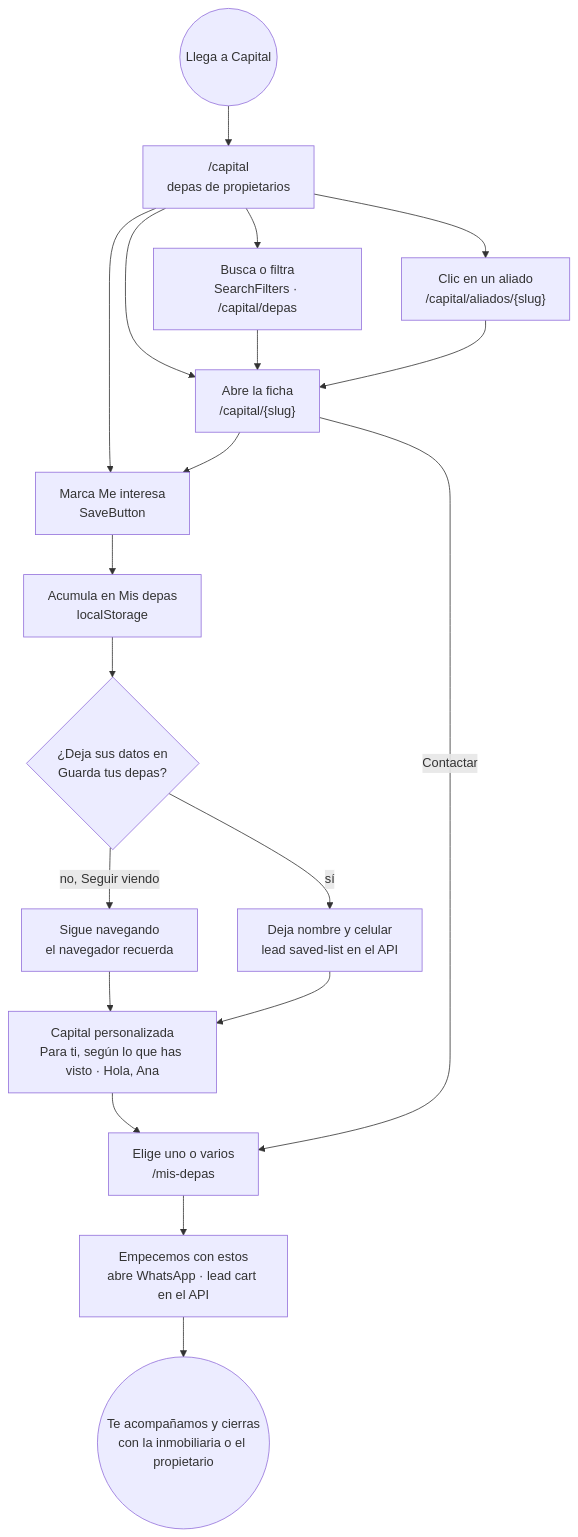
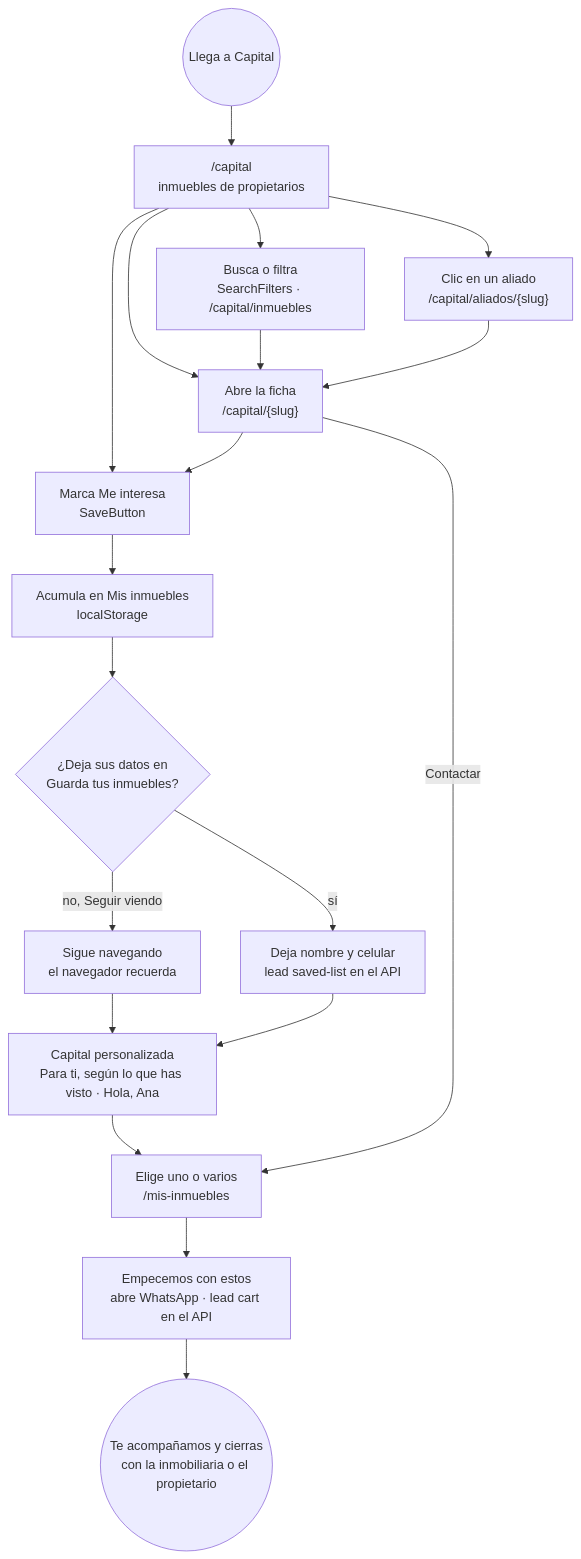
The first of 18 diagrams in docs/plataforma/05-flujos.md (samirharrytl/DHC_landing), drawn with Mermaid before and after one commit. The commit also changed other lines of this file and 72 other files, not shown here.

First line of the commit message:
Fuente Poppins como depahostperu.com, "Mis depas" pasa a "Mis inmuebles" y cambios en API y panel

````diff
--- a/docs/plataforma/05-flujos.md
+++ b/docs/plataforma/05-flujos.md
@@ -33,31 +33,31 @@
 ```mermaid
 flowchart TB
     START(("Llega a Capital"))
-    HOME["/capital<br/>depas de propietarios"]
-    BUSCA["Busca o filtra<br/>SearchFilters · /capital/depas"]
+    HOME["/capital<br/>inmuebles de propietarios"]
+    BUSCA["Busca o filtra<br/>SearchFilters · /capital/inmuebles"]
     FICHA["Abre la ficha<br/>/capital/{slug}"]
     MARCA["Marca Me interesa<br/>SaveButton"]
     ALIADO["Clic en un aliado<br/>/capital/aliados/{slug}"]
-    ACUM["Acumula en Mis depas<br/>localStorage"]
-    DEC{"¿Deja sus datos en<br/>Guarda tus depas?"}
+    ACUM["Acumula en Mis inmuebles<br/>localStorage"]
+    DEC{"¿Deja sus datos en<br/>Guarda tus inmuebles?"}
     NAV["Sigue navegando<br/>el navegador recuerda"]
     REG["Deja nombre y celular<br/>lead saved-list en el API"]
     PERS["Capital personalizada<br/>Para ti, según lo que has visto · Hola, Ana"]
-    ELIGE["Elige uno o varios<br/>/mis-depas"]
+    ELIGE["Elige uno o varios<br/>/mis-inmuebles"]
     WA["Empecemos con estos<br/>abre WhatsApp · lead cart en el API"]
     CIERRE(("Te acompañamos y cierras<br/>con la inmobiliaria o el propietario"))
 
     START --> HOME
     HOME --> BUSCA & FICHA & MARCA & ALIADO
     BUSCA --> FICHA
     ALIADO --> FICHA
     FICHA --> MARCA
     MARCA --> ACUM
     ACUM --> DEC
     DEC -- "no, Seguir viendo" --> NAV
     DEC -- "sí" --> REG
     NAV --> PERS
     REG --> PERS
     PERS --> ELIGE --> WA --> CIERRE
     FICHA -- "Contactar" --> ELIGE
 ```
````
